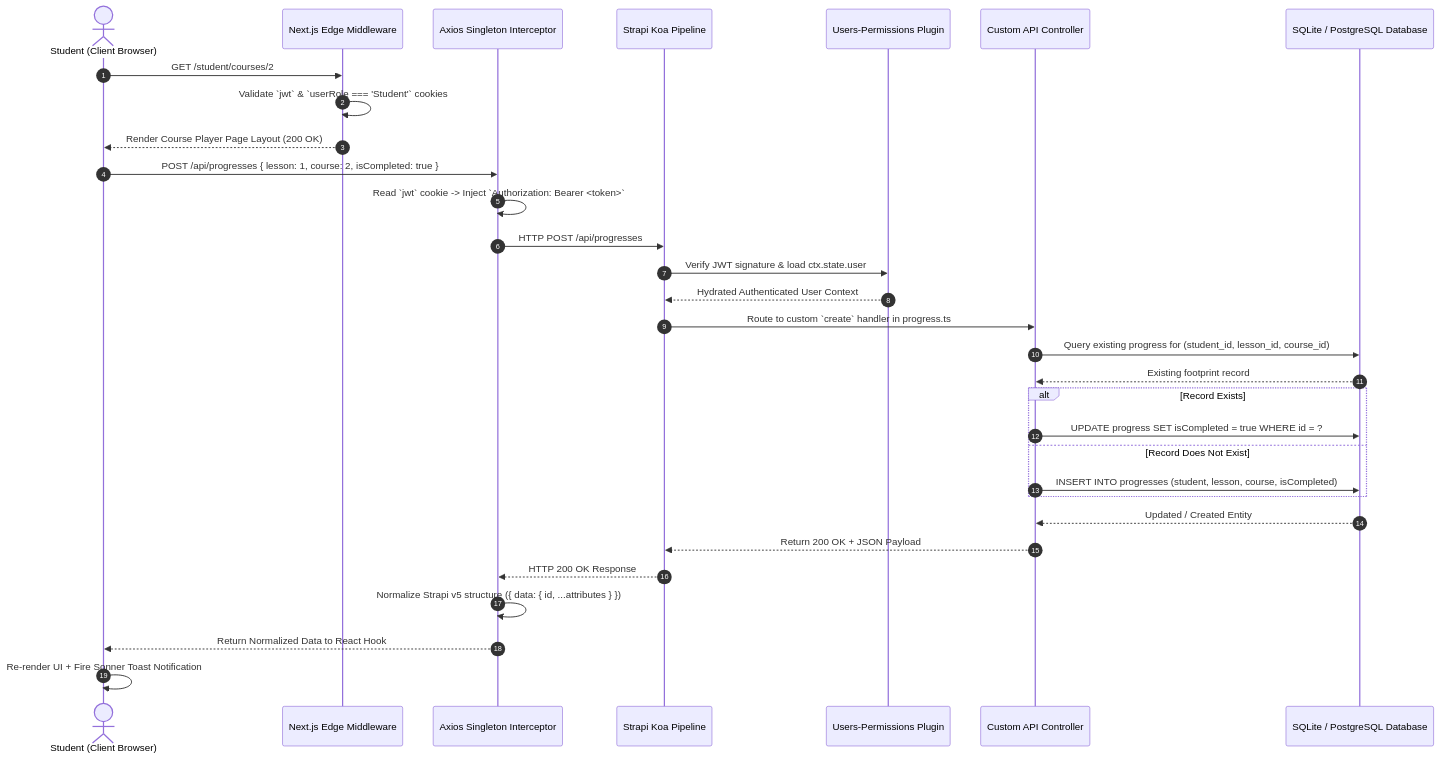
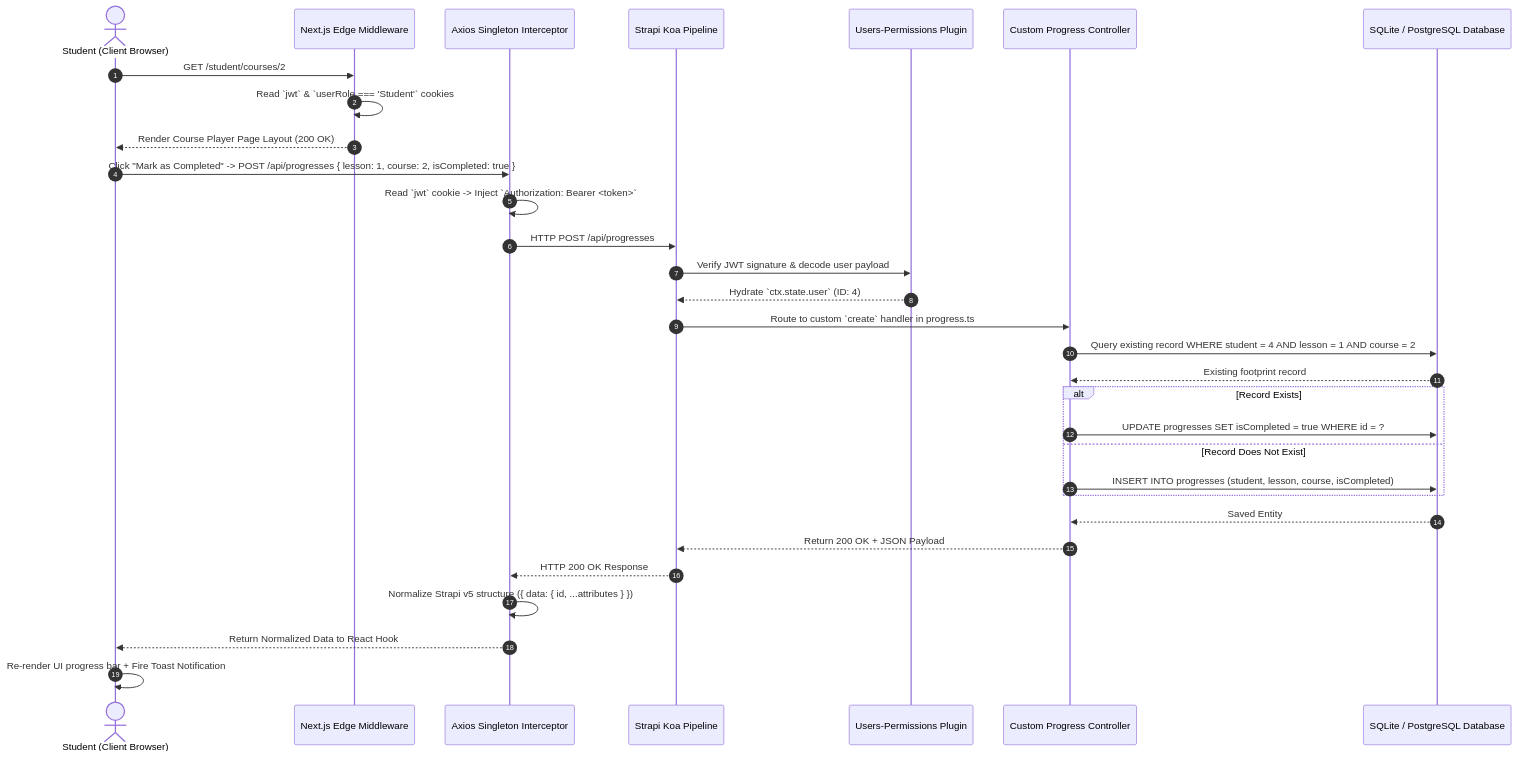
Before and after one commit to mkamrul9/LMS-strapi: the third of 7 diagrams in ARCHITECTURE.md, drawn with Mermaid. The commit also changed other lines of this file, not shown here.

Commit message:
docs: enrich ARCHITECTURE.md with line-by-line code breakdowns, backend RBAC enforcement, and flow diagrams

````diff
--- a/ARCHITECTURE.md
+++ b/ARCHITECTURE.md
@@ -153,38 +222,38 @@
 ```mermaid
 sequenceDiagram
     autonumber
     actor Student as Student (Client Browser)
     participant Edge as Next.js Edge Middleware
     participant Axios as Axios Singleton Interceptor
     participant Koa as Strapi Koa Pipeline
     participant AuthPlugin as Users-Permissions Plugin
-    participant Controller as Custom API Controller
+    participant Controller as Custom Progress Controller
     participant DB as SQLite / PostgreSQL Database
 
     Student->>Edge: GET /student/courses/2
-    Edge->>Edge: Validate `jwt` & `userRole === 'Student'` cookies
+    Edge->>Edge: Read `jwt` & `userRole === 'Student'` cookies
     Edge-->>Student: Render Course Player Page Layout (200 OK)
 
-    Student->>Axios: POST /api/progresses { lesson: 1, course: 2, isCompleted: true }
+    Student->>Axios: Click "Mark as Completed" -> POST /api/progresses { lesson: 1, course: 2, isCompleted: true }
     Axios->>Axios: Read `jwt` cookie -> Inject `Authorization: Bearer <token>`
     Axios->>Koa: HTTP POST /api/progresses
-    Koa->>AuthPlugin: Verify JWT signature & load ctx.state.user
-    AuthPlugin-->>Koa: Hydrated Authenticated User Context
+    Koa->>AuthPlugin: Verify JWT signature & decode user payload
+    AuthPlugin-->>Koa: Hydrate `ctx.state.user` (ID: 4)
     Koa->>Controller: Route to custom `create` handler in progress.ts
 
-    Controller->>DB: Query existing progress for (student_id, lesson_id, course_id)
+    Controller->>DB: Query existing record WHERE student = 4 AND lesson = 1 AND course = 2
     DB-->>Controller: Existing footprint record
 
     alt Record Exists
-        Controller->>DB: UPDATE progress SET isCompleted = true WHERE id = ?
+        Controller->>DB: UPDATE progresses SET isCompleted = true WHERE id = ?
     else Record Does Not Exist
         Controller->>DB: INSERT INTO progresses (student, lesson, course, isCompleted)
     end
-    DB-->>Controller: Updated / Created Entity
+    DB-->>Controller: Saved Entity
 
     Controller-->>Koa: Return 200 OK + JSON Payload
     Koa-->>Axios: HTTP 200 OK Response
     Axios->>Axios: Normalize Strapi v5 structure ({ data: { id, ...attributes } })
     Axios-->>Student: Return Normalized Data to React Hook
-    Student->>Student: Re-render UI + Fire Sonner Toast Notification
+    Student->>Student: Re-render UI progress bar + Fire Toast Notification
 ```
````
